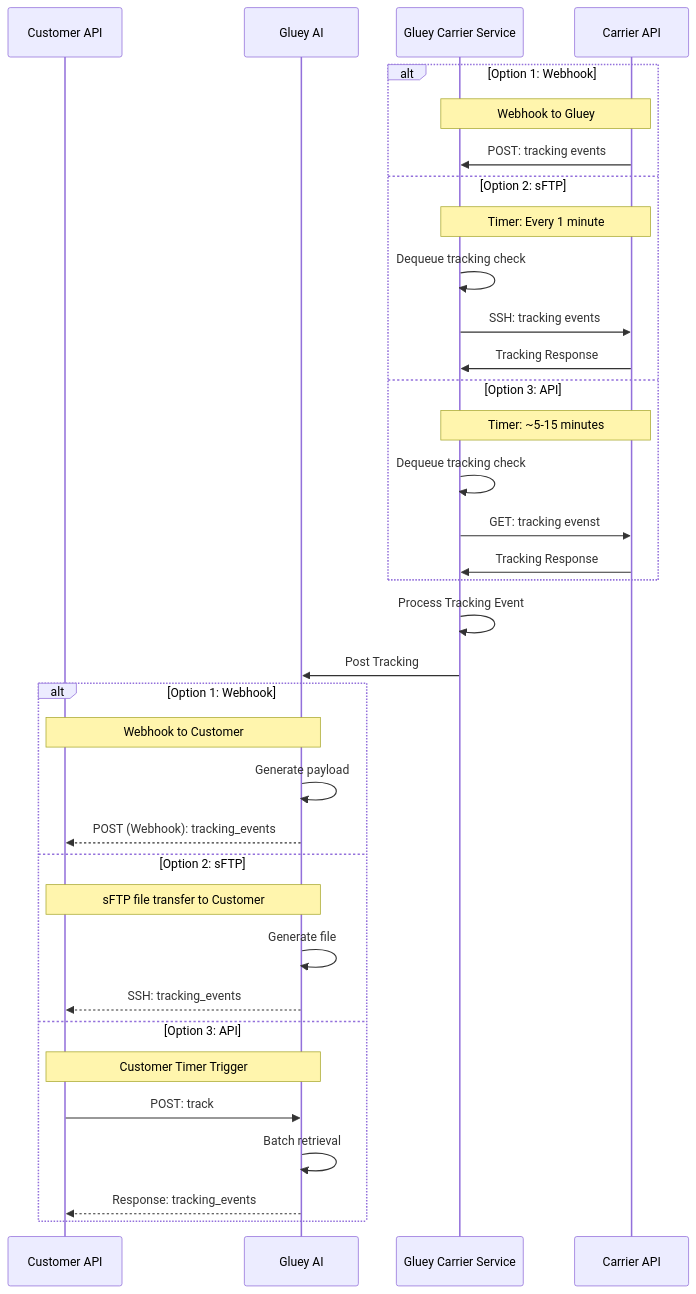
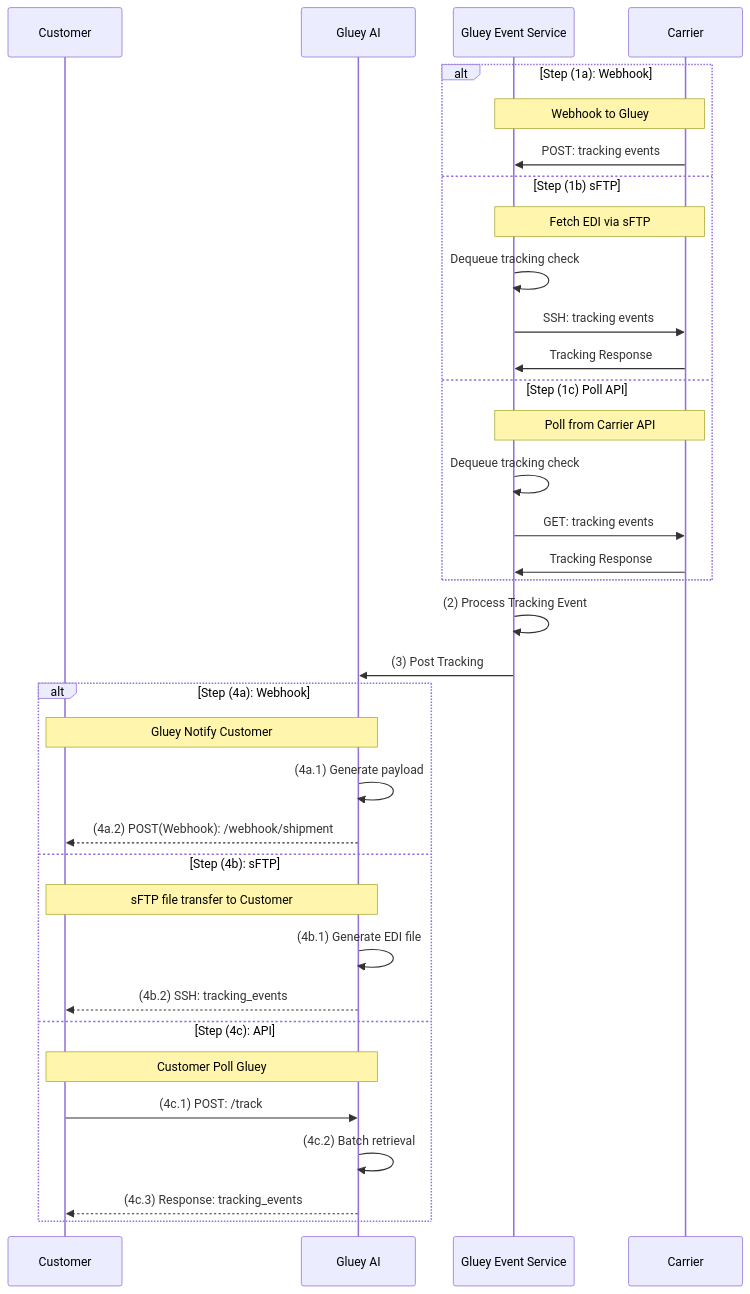
The diagram in app/api/v1/templates/markdown/tracking.md (Gluey-AI/gluey-api-docs), drawn with Mermaid before and after one commit. The commit also changed other lines of this file and 48 other files, not shown here.

```diff
--- a/app/api/v1/templates/markdown/tracking.md
+++ b/app/api/v1/templates/markdown/tracking.md
@@ -8,38 +27,38 @@
 ~~~mermaid
 sequenceDiagram
-    participant Customer API
+    participant Customer
     participant Gluey AI
-    participant Gluey Carrier Service
-    participant Carrier API
+    participant Gluey Event Service
+    participant Carrier
 
-    alt Option 1: Webhook
-        Note over Gluey Carrier Service, Carrier API: Webhook to Gluey
-        Carrier API->>Gluey Carrier Service: POST: tracking events
-    else Option 2: sFTP
-        Note over Gluey Carrier Service, Carrier API: Timer: Every 1 minute
-        Gluey Carrier Service->>Gluey Carrier Service: Dequeue tracking check
-        Gluey Carrier Service->>Carrier API: SSH: tracking events
-        Carrier API->>Gluey Carrier Service: Tracking Response
-    else Option 3: API
-        Note over Gluey Carrier Service, Carrier API: Timer: ~5-15 minutes
-        Gluey Carrier Service->>Gluey Carrier Service: Dequeue tracking check
-        Gluey Carrier Service->>Carrier API: GET: tracking evenst
-        Carrier API->>Gluey Carrier Service: Tracking Response
+    alt Step (1a): Webhook
+        Note over Gluey Event Service, Carrier: Webhook to Gluey
+        Carrier->>Gluey Event Service: POST: tracking events
+    else Step (1b) sFTP
+        Note over Gluey Event Service, Carrier: Fetch EDI via sFTP
+        Gluey Event Service->>Gluey Event Service: Dequeue tracking check
+        Gluey Event Service->>Carrier: SSH: tracking events
+        Carrier->>Gluey Event Service: Tracking Response
+    else Step (1c) Poll API
+        Note over Gluey Event Service, Carrier: Poll from Carrier API
+        Gluey Event Service->>Gluey Event Service: Dequeue tracking check
+        Gluey Event Service->>Carrier: GET: tracking events
+        Carrier->>Gluey Event Service: Tracking Response
     end
-    Gluey Carrier Service->>Gluey Carrier Service: Process Tracking Event
-    Gluey Carrier Service->>Gluey AI: Post Tracking
-    alt Option 1: Webhook
-        Note over Gluey AI, Customer API: Webhook to Customer
-        Gluey AI->>Gluey AI: Generate payload
-        Gluey AI-->>Customer API: POST (Webhook): tracking_events
-    else Option 2: sFTP
-        Note over Gluey AI, Customer API: sFTP file transfer to Customer
-        Gluey AI->>Gluey AI: Generate file
-        Gluey AI-->>Customer API: SSH: tracking_events
-    else Option 3: API
-        Note over Gluey AI, Customer API: Customer Timer Trigger
-        Customer API->>Gluey AI: POST: track
-        Gluey AI->>Gluey AI: Batch retrieval
-        Gluey AI-->>Customer API: Response: tracking_events
+    Gluey Event Service->>Gluey Event Service: (2) Process Tracking Event
+    Gluey Event Service->>Gluey AI: (3) Post Tracking
+    alt Step (4a): Webhook
+        Note over Gluey AI, Customer: Gluey Notify Customer
+        Gluey AI->>Gluey AI: (4a.1) Generate payload
+        Gluey AI-->>Customer: (4a.2) POST(Webhook): /webhook/shipment
+    else Step (4b): sFTP
+        Note over Gluey AI, Customer: sFTP file transfer to Customer
+        Gluey AI->>Gluey AI: (4b.1) Generate EDI file
+        Gluey AI-->>Customer: (4b.2) SSH: tracking_events
+    else Step (4c): API
+        Note over Gluey AI, Customer: Customer Poll Gluey
+        Customer->>Gluey AI: (4c.1) POST: /track
+        Gluey AI->>Gluey AI: (4c.2) Batch retrieval
+        Gluey AI-->>Customer: (4c.3) Response: tracking_events
     end
 ~~~
```
